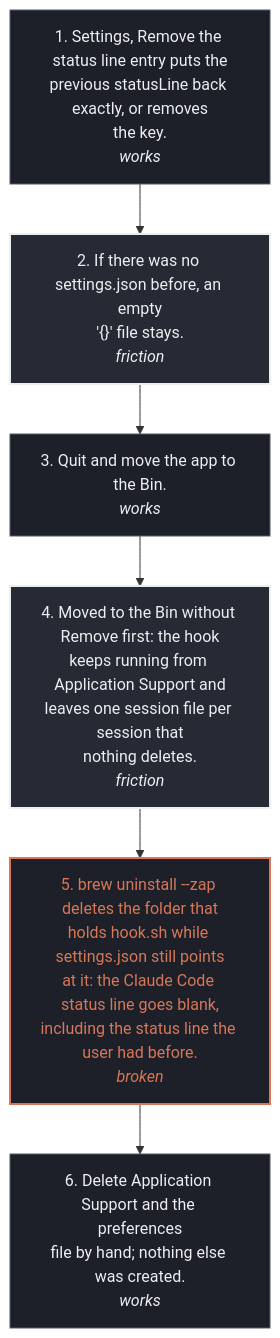
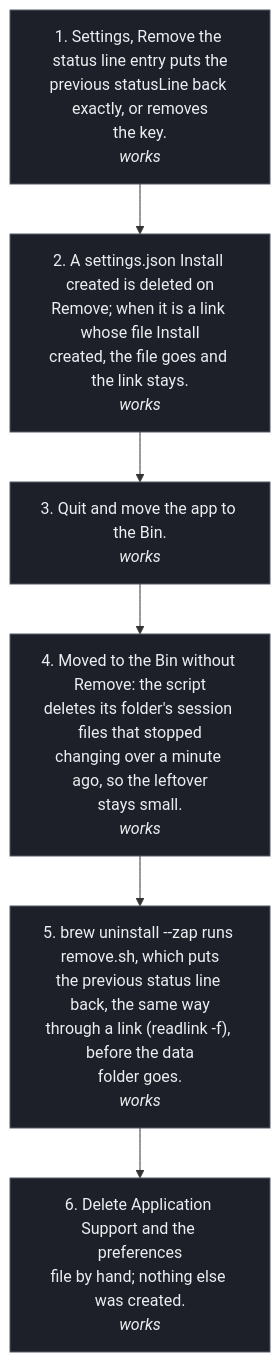
One commit to tokenpandadev/tokenpanda-app changed the diagram in design/wireframes/flows/13-uninstall.mmd. Above: the diagram before and after it, drawn with Mermaid. The commit also changed 35 other files, not shown here.

```diff
--- a/design/wireframes/flows/13-uninstall.mmd
+++ b/design/wireframes/flows/13-uninstall.mmd
@@ -1,15 +1,16 @@
 flowchart TD
   classDef works fill:#1d2029,stroke:#555b68,color:#eceef1;
   classDef friction fill:#262a34,stroke:#eceef1,stroke-width:2px,color:#eceef1;
   classDef broken fill:#1d2029,stroke:#d77757,stroke-width:2px,color:#d77757;
+  classDef byhand fill:#1d2029,stroke:#eceef1,stroke-width:1px,stroke-dasharray:4 3,color:#eceef1;
   S1["1. Settings, Remove the status line entry puts the<br/>previous statusLine back exactly, or removes<br/>the key.<br/><i>works</i>"]:::works
-  S2["2. If there was no settings.json before, an empty<br/>'{}' file stays.<br/><i>friction</i>"]:::friction
+  S2["2. A settings.json Install created is deleted on<br/>Remove; when it is a link whose file Install<br/>created, the file goes and the link stays.<br/><i>works</i>"]:::works
   S3["3. Quit and move the app to the Bin.<br/><i>works</i>"]:::works
-  S4["4. Moved to the Bin without Remove first: the hook<br/>keeps running from Application Support and<br/>leaves one session file per session that<br/>nothing deletes.<br/><i>friction</i>"]:::friction
-  S5["5. brew uninstall --zap deletes the folder that<br/>holds hook.sh while settings.json still points<br/>at it: the Claude Code status line goes blank,<br/>including the status line the user had before.<br/><i>broken</i>"]:::broken
+  S4["4. Moved to the Bin without Remove: the script<br/>deletes its folder's session files that stopped<br/>changing over a minute ago, so the leftover<br/>stays small.<br/><i>works</i>"]:::works
+  S5["5. brew uninstall --zap runs remove.sh, which puts<br/>the previous status line back, the same way<br/>through a link (readlink -f), before the data<br/>folder goes.<br/><i>works</i>"]:::works
   S6["6. Delete Application Support and the preferences<br/>file by hand; nothing else was created.<br/><i>works</i>"]:::works
   S1 --> S2
   S2 --> S3
   S3 --> S4
   S4 --> S5
   S5 --> S6
```
